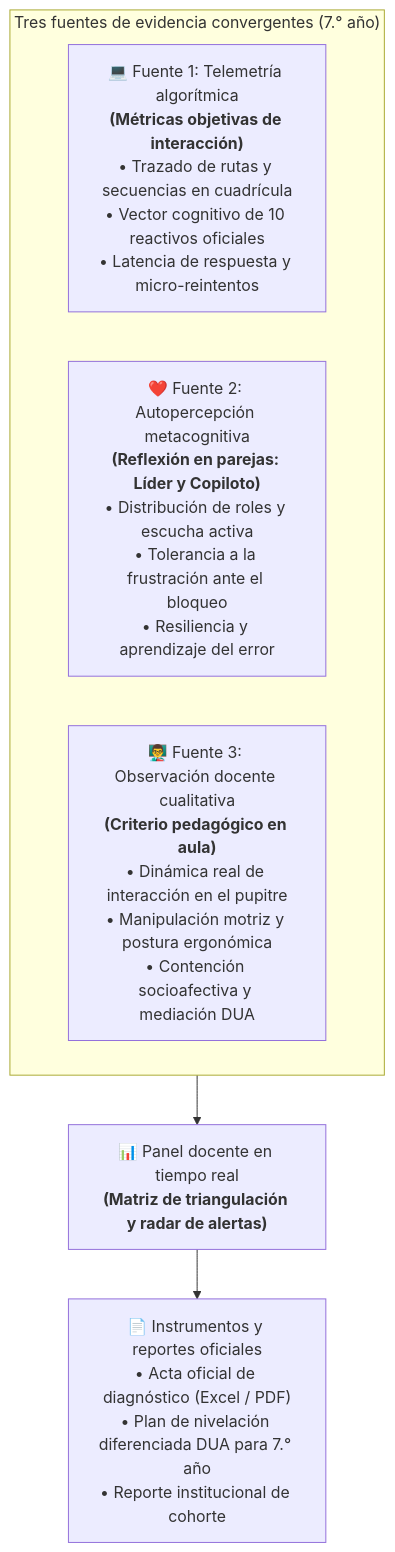
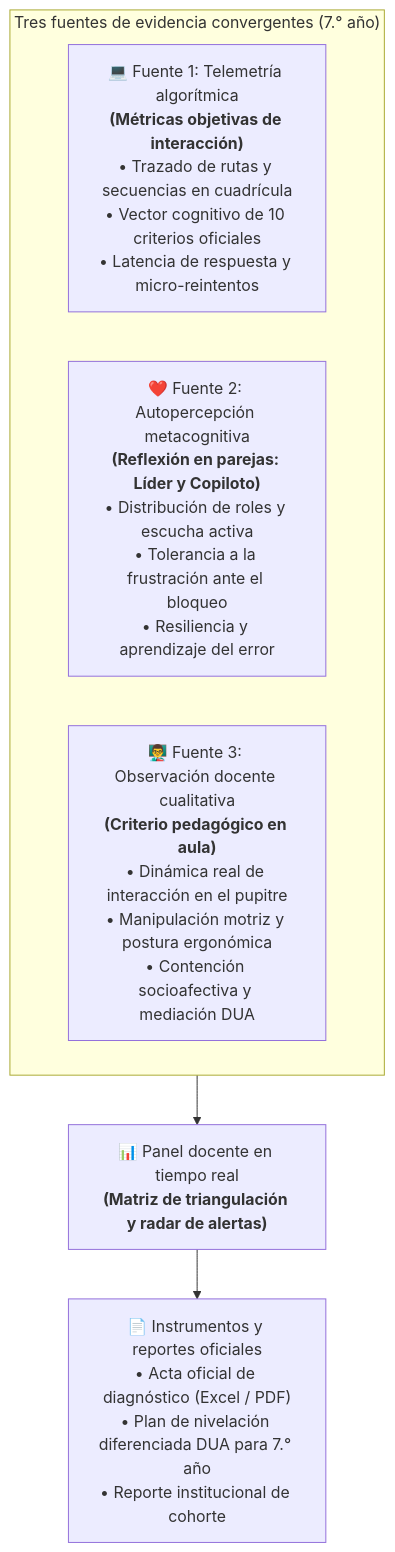
Before and after one commit to albustor/creadordewebapps: the first of 3 diagrams in public/docs/PROPUESTA_ARQUITECTURA_EVALUATIVA_HIBRIDA_7MO_MEP_2027.md, drawn with Mermaid. The commit also changed other lines of this file and 23 other files, not shown here.

````diff
--- a/public/docs/PROPUESTA_ARQUITECTURA_EVALUATIVA_HIBRIDA_7MO_MEP_2027.md
+++ b/public/docs/PROPUESTA_ARQUITECTURA_EVALUATIVA_HIBRIDA_7MO_MEP_2027.md
@@ -27,11 +27,11 @@
 ```mermaid
 flowchart TD
     subgraph Fuentes ["Tres fuentes de evidencia convergentes (7.° año)"]
-        F1["💻 Fuente 1: Telemetría algorítmica<br><b>(Métricas objetivas de interacción)</b><br>• Trazado de rutas y secuencias en cuadrícula<br>• Vector cognitivo de 10 reactivos oficiales<br>• Latencia de respuesta y micro-reintentos"]
+        F1["💻 Fuente 1: Telemetría algorítmica<br><b>(Métricas objetivas de interacción)</b><br>• Trazado de rutas y secuencias en cuadrícula<br>• Vector cognitivo de 10 criterios oficiales<br>• Latencia de respuesta y micro-reintentos"]
         F2["❤️ Fuente 2: Autopercepción metacognitiva<br><b>(Reflexión en parejas: Líder y Copiloto)</b><br>• Distribución de roles y escucha activa<br>• Tolerancia a la frustración ante el bloqueo<br>• Resiliencia y aprendizaje del error"]
         F3["👨‍🏫 Fuente 3: Observación docente cualitativa<br><b>(Criterio pedagógico en aula)</b><br>• Dinámica real de interacción en el pupitre<br>• Manipulación motriz y postura ergonómica<br>• Contención socioafectiva y mediación DUA"]
     end
 
     Fuentes --> Panel["📊 Panel docente en tiempo real<br><b>(Matriz de triangulación y radar de alertas)</b>"]
     Panel --> Salidas["📄 Instrumentos y reportes oficiales<br>• Acta oficial de diagnóstico (Excel / PDF)<br>• Plan de nivelación diferenciada DUA para 7.° año<br>• Reporte institucional de cohorte"]
 ```
````
